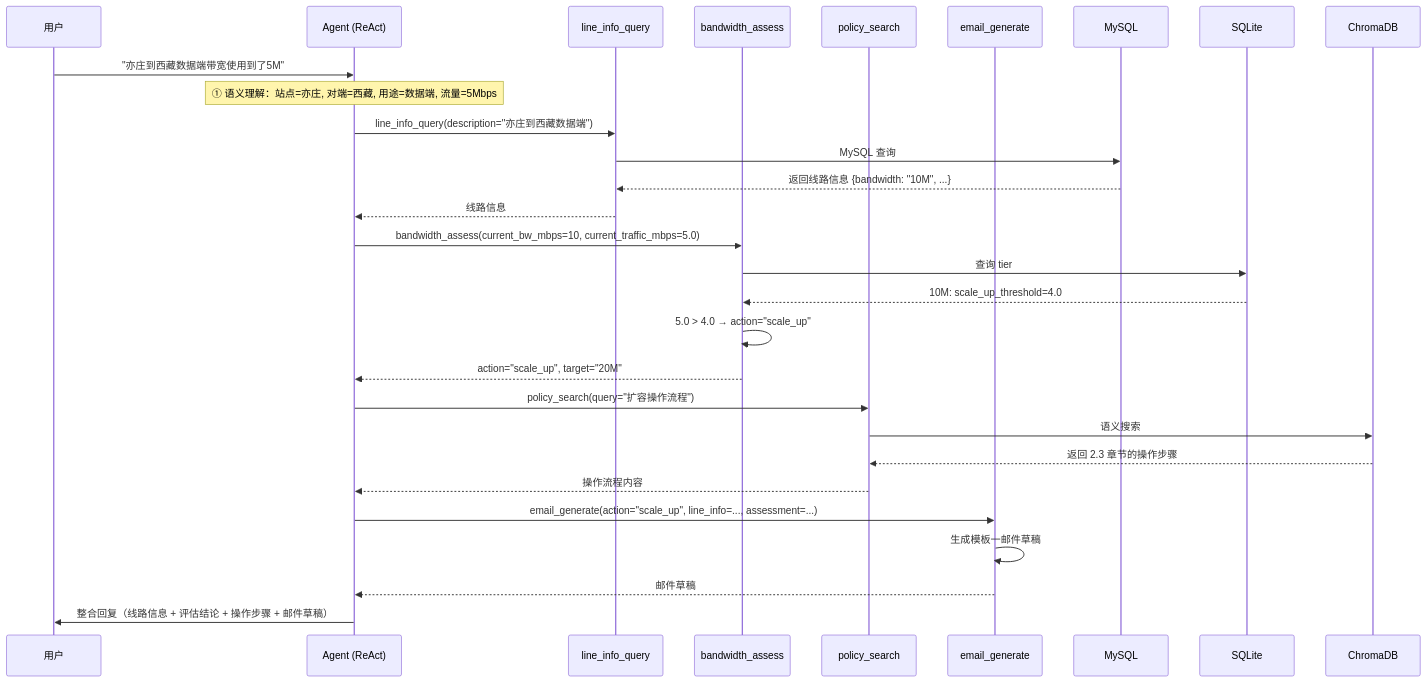
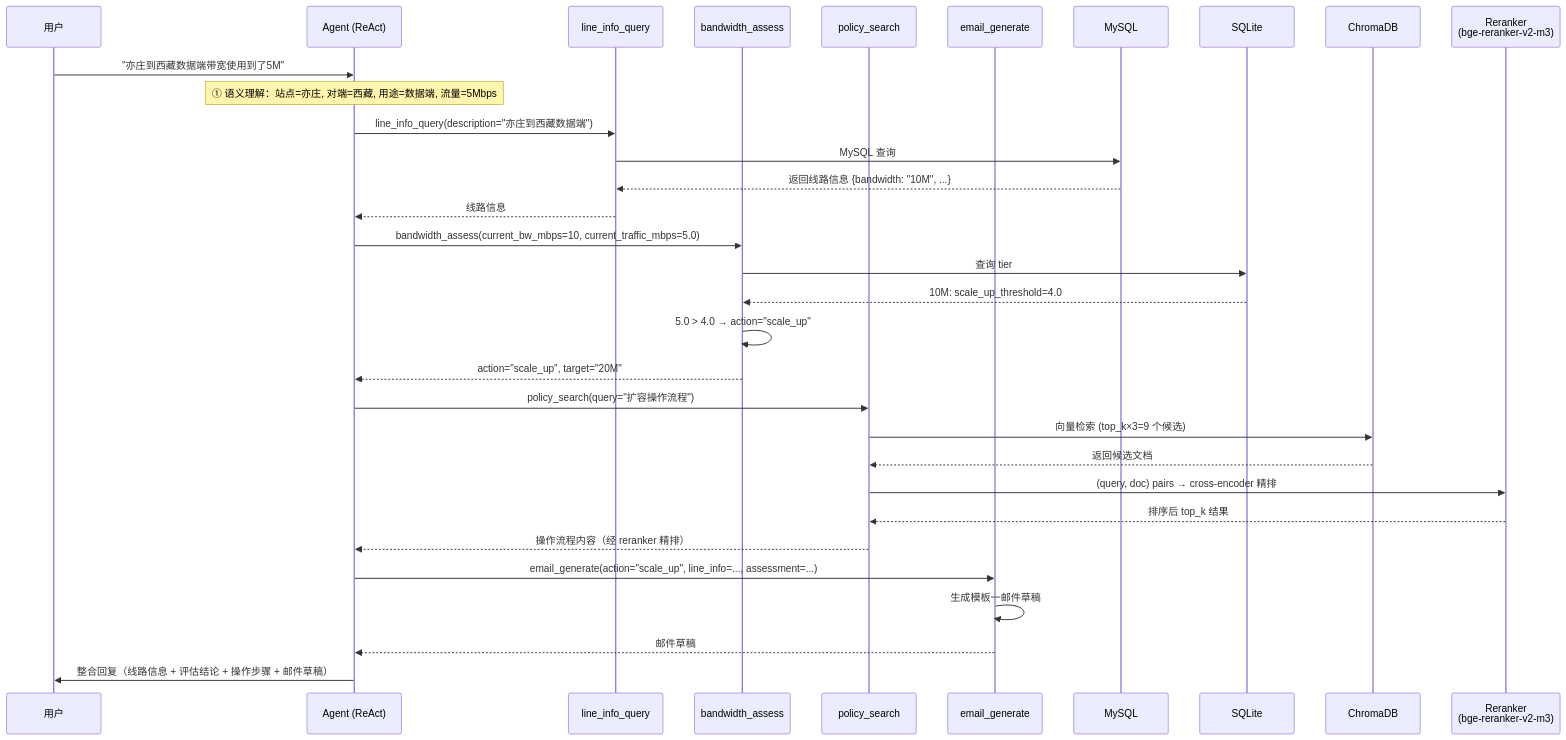
Before and after one commit to Matthewyin/deer-flow: the third of 6 diagrams in docs/bandwidth-management-architecture.md, drawn with Mermaid. The commit also changed other lines of this file and 14 other files, not shown here.

````diff
--- a/docs/bandwidth-management-architecture.md
+++ b/docs/bandwidth-management-architecture.md
@@ -528,32 +538,35 @@
 ```mermaid
 sequenceDiagram
     participant U as 用户
     participant A as Agent (ReAct)
     participant L as line_info_query
     participant B as bandwidth_assess
     participant P as policy_search
     participant E as email_generate
     participant M as MySQL
     participant S as SQLite
     participant R as ChromaDB
+    participant RR as Reranker<br/>(bge-reranker-v2-m3)
 
     U->>A: "亦庄到西藏数据端带宽使用到了5M"
     Note over A: ① 语义理解：站点=亦庄, 对端=西藏, 用途=数据端, 流量=5Mbps
     A->>L: line_info_query(description="亦庄到西藏数据端")
     L->>M: MySQL 查询
     M-->>L: 返回线路信息 {bandwidth: "10M", ...}
     L-->>A: 线路信息
     A->>B: bandwidth_assess(current_bw_mbps=10, current_traffic_mbps=5.0)
     B->>S: 查询 tier
     S-->>B: 10M: scale_up_threshold=4.0
     B->>B: 5.0 > 4.0 → action="scale_up"
     B-->>A: action="scale_up", target="20M"
     A->>P: policy_search(query="扩容操作流程")
-    P->>R: 语义搜索
-    R-->>P: 返回 2.3 章节的操作步骤
-    P-->>A: 操作流程内容
+    P->>R: 向量检索 (top_k×3=9 个候选)
+    R-->>P: 返回候选文档
+    P->>RR: (query, doc) pairs → cross-encoder 精排
+    RR-->>P: 排序后 top_k 结果
+    P-->>A: 操作流程内容（经 reranker 精排）
     A->>E: email_generate(action="scale_up", line_info=..., assessment=...)
     E->>E: 生成模板一邮件草稿
     E-->>A: 邮件草稿
     A->>U: 整合回复（线路信息 + 评估结论 + 操作步骤 + 邮件草稿）
 ```
````
